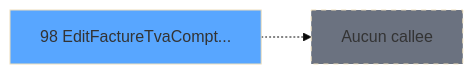
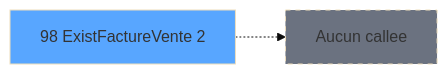
The third of 3 diagrams in .openspec/specs/ADH-IDE-98.md (thonyAGP/magic-migration), drawn with Mermaid (base theme) before and after one commit. The commit also changed other lines of this file and 311 other files, not shown here.

````diff
--- a/.openspec/specs/ADH-IDE-98.md
+++ b/.openspec/specs/ADH-IDE-98.md
@@ -327,8 +184,8 @@
 ```mermaid
 graph LR
-    T98[98 EditFactureTvaCompt...]
+    T98[98 ExistFactureVente 2]
     style T98 fill:#58a6ff
     NONE[Aucun callee]
     T98 -.-> NONE
     style NONE fill:#6b7280,stroke-dasharray: 5 5
 ```
````
